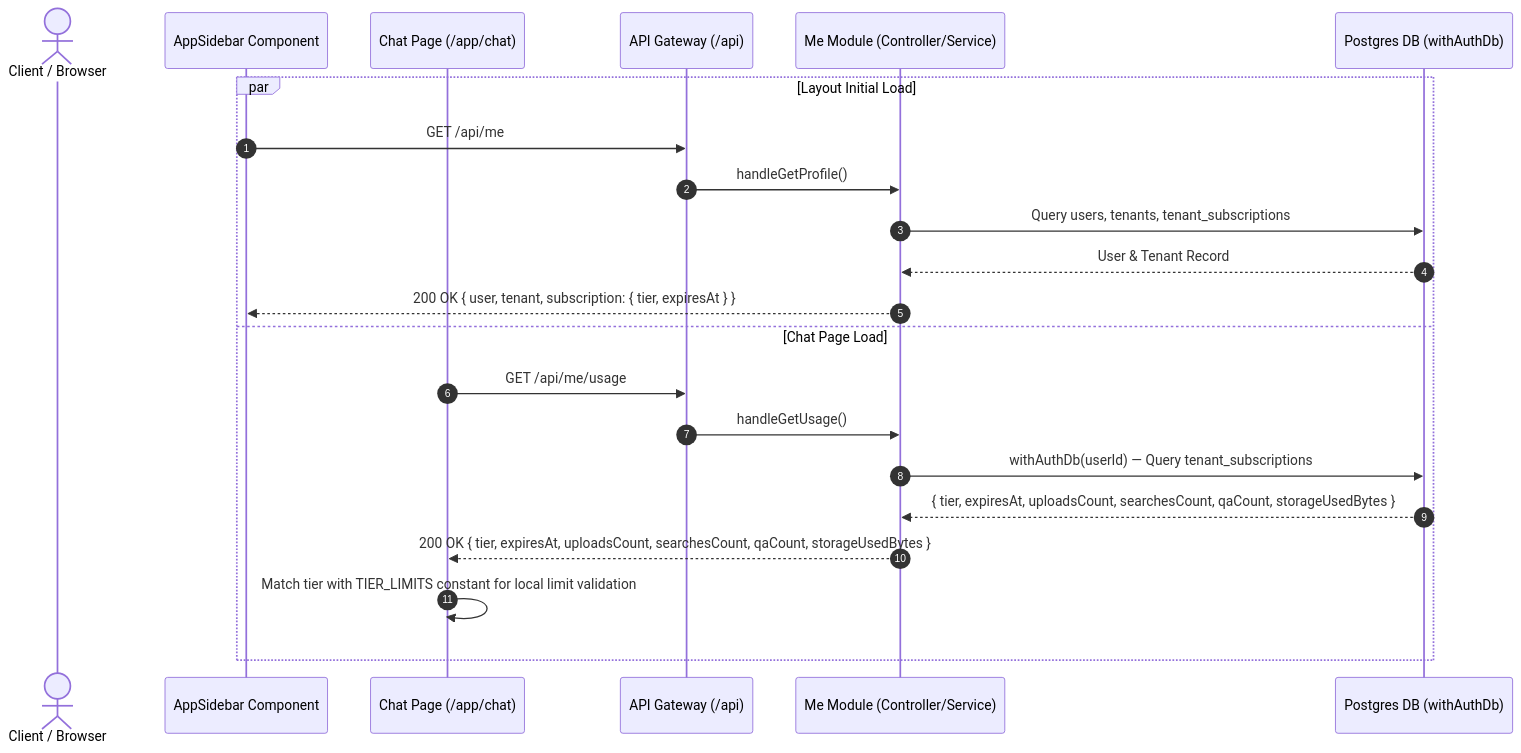
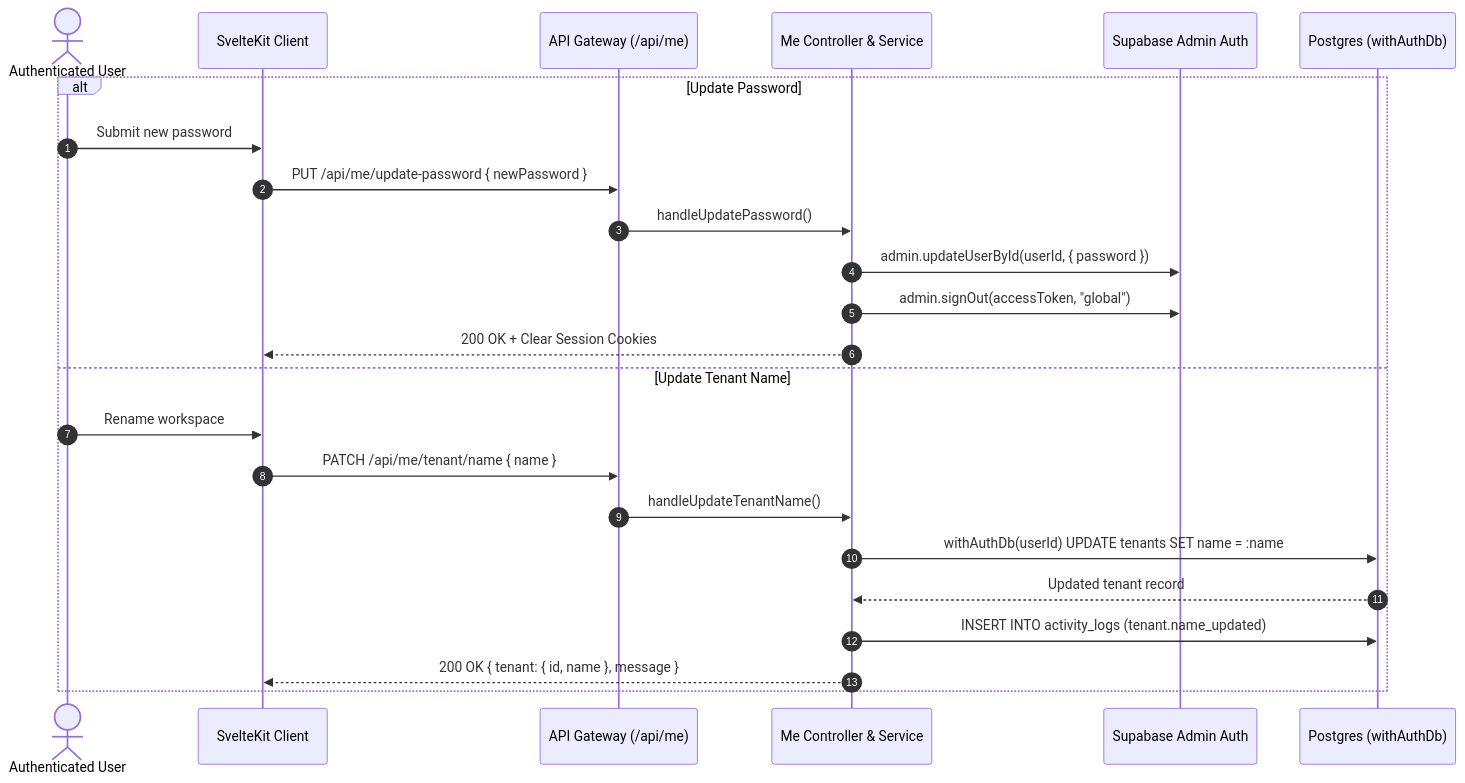
The diagram in docs/features/me-and-usage-endpoints.md (kanzhamada/Dokyudo), drawn with Mermaid before and after one commit. The commit also changed other lines of this file and 67 other files, not shown here.

Commit message:
Refactor auth modules into dedicated `/api/me` and `/api/oauth` paths, move account deletion into MeService, and add SIMULATE tier abuse prevention via pseudonymized email hash

````diff
--- a/docs/features/me-and-usage-endpoints.md
+++ b/docs/features/me-and-usage-endpoints.md
@@ -17,25 +19,27 @@
 ```mermaid
 sequenceDiagram
     autonumber
-    actor User as Client / Browser
-    participant Sidebar as AppSidebar Component
-    participant ChatPage as Chat Page (/app/chat)
-    participant Router as API Gateway (/api)
-    participant MeModule as Me Module (Controller/Service)
-    participant DB as Postgres DB (withAuthDb)
+    actor User as Authenticated User
+    participant Frontend as SvelteKit Client
+    participant Router as API Gateway (/api/me)
+    participant MeModule as Me Controller & Service
+    participant Supabase as Supabase Admin Auth
+    participant DB as Postgres (withAuthDb)
 
-    par Layout Initial Load
-        Sidebar->>Router: GET /api/me
-        Router->>MeModule: handleGetProfile()
-        MeModule->>DB: Query users, tenants, tenant_subscriptions
-        DB-->>MeModule: User & Tenant Record
-        MeModule-->>Sidebar: 200 OK { user, tenant, subscription: { tier, expiresAt } }
-    and Chat Page Load
-        ChatPage->>Router: GET /api/me/usage
-        Router->>MeModule: handleGetUsage()
-        MeModule->>DB: withAuthDb(userId) — Query tenant_subscriptions
-        DB-->>MeModule: { tier, expiresAt, uploadsCount, searchesCount, qaCount, storageUsedBytes }
-        MeModule-->>ChatPage: 200 OK { tier, expiresAt, uploadsCount, searchesCount, qaCount, storageUsedBytes }
-        ChatPage->>ChatPage: Match tier with TIER_LIMITS constant for local limit validation
+    alt Update Password
+        User->>Frontend: Submit new password
+        Frontend->>Router: PUT /api/me/update-password { newPassword }
+        Router->>MeModule: handleUpdatePassword()
+        MeModule->>Supabase: admin.updateUserById(userId, { password })
+        MeModule->>Supabase: admin.signOut(accessToken, "global")
+        MeModule-->>Frontend: 200 OK + Clear Session Cookies
+    else Update Tenant Name
+        User->>Frontend: Rename workspace
+        Frontend->>Router: PATCH /api/me/tenant/name { name }
+        Router->>MeModule: handleUpdateTenantName()
+        MeModule->>DB: withAuthDb(userId) UPDATE tenants SET name = :name
+        DB-->>MeModule: Updated tenant record
+        MeModule->>DB: INSERT INTO activity_logs (tenant.name_updated)
+        MeModule-->>Frontend: 200 OK { tenant: { id, name }, message }
     end
 ```
````
